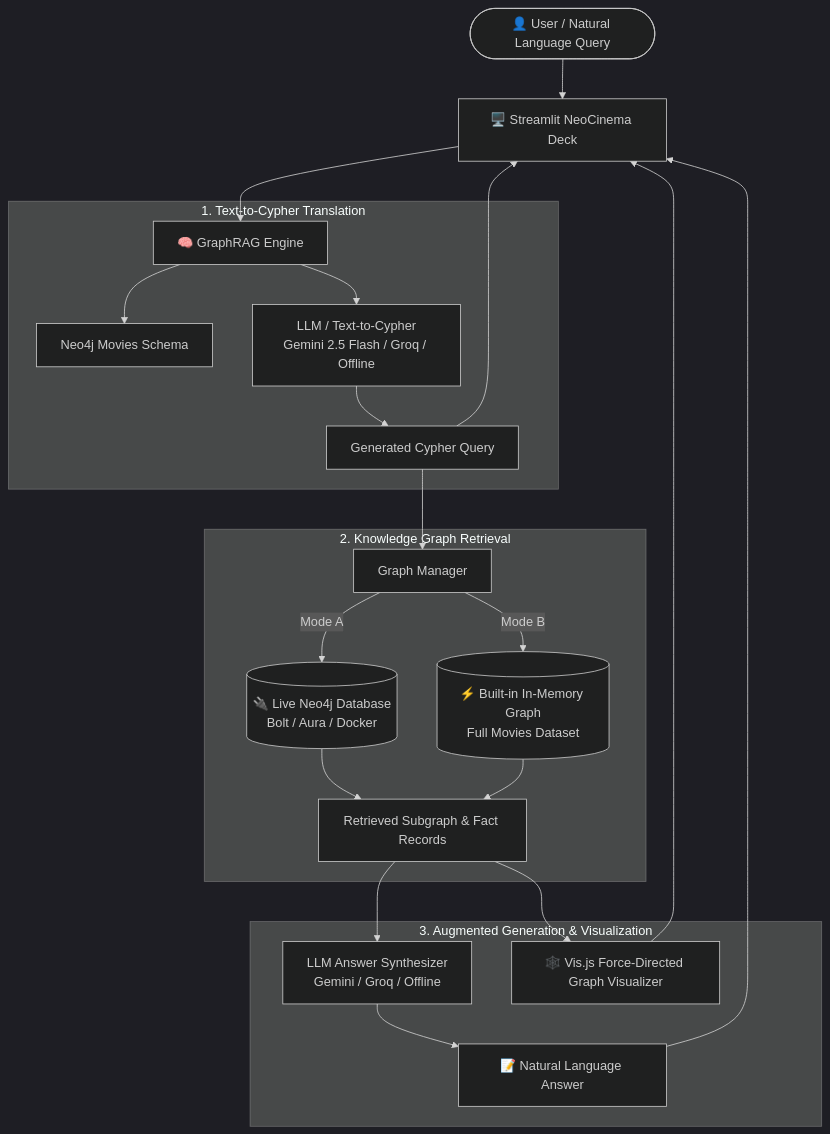
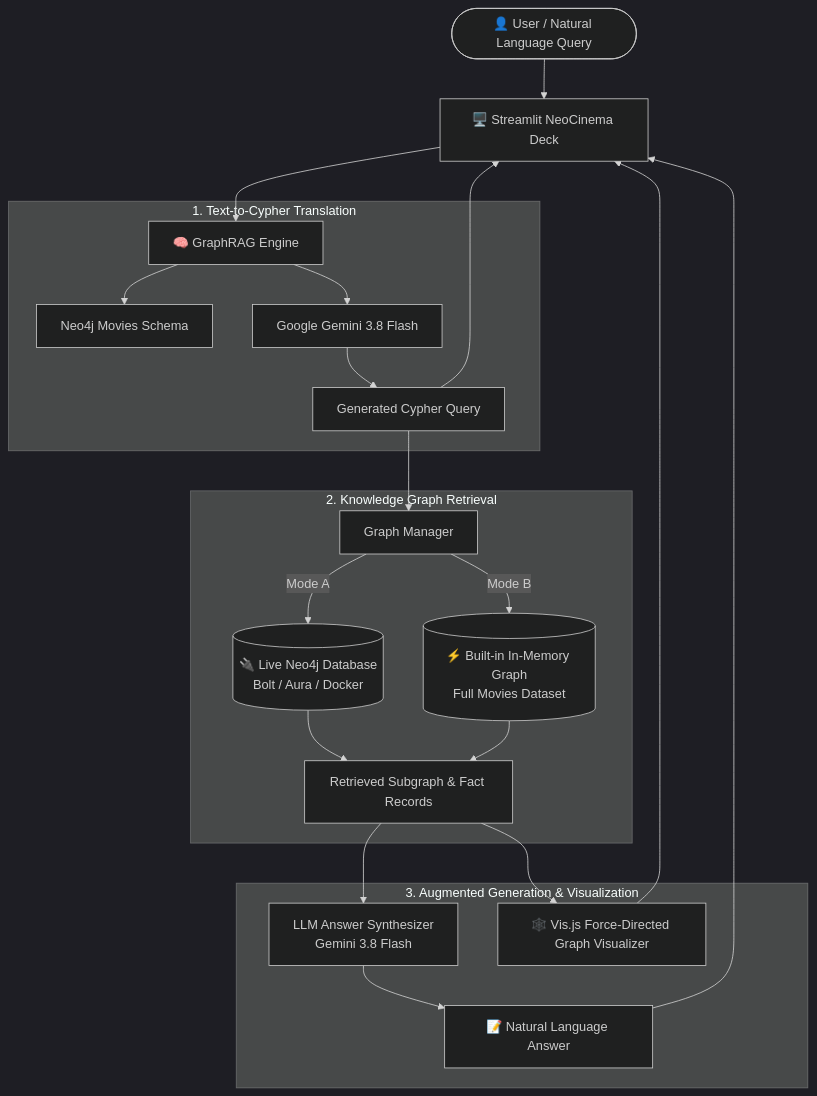
The diagram in README.md (Manishankar-614/Neo4j_Movies), drawn with Mermaid (dark theme) before and after one commit. The commit also changed other lines of this file and 4 other files, not shown here.

````diff
--- a/README.md
+++ b/README.md
@@ -57,29 +36,29 @@
 ```mermaid
 flowchart TD
     User([👤 User / Natural Language Query]) --> UI[🖥️ Streamlit NeoCinema Deck]
     UI --> RAG[🧠 GraphRAG Engine]
     
     subgraph "1. Text-to-Cypher Translation"
         RAG --> Schema[Neo4j Movies Schema]
-        RAG --> LLM_Cypher[LLM / Text-to-Cypher\nGemini 2.5 Flash / Groq / Offline]
+        RAG --> LLM_Cypher[Google Gemini 3.8 Flash]
         LLM_Cypher --> CypherQuery[Generated Cypher Query]
     end
 
     subgraph "2. Knowledge Graph Retrieval"
         CypherQuery --> GM[Graph Manager]
         GM -->|Mode A| LiveNeo4j[(🔌 Live Neo4j Database\nBolt / Aura / Docker)]
         GM -->|Mode B| InMem[(⚡ Built-in In-Memory Graph\nFull Movies Dataset)]
         LiveNeo4j --> Subgraph[Retrieved Subgraph & Fact Records]
         InMem --> Subgraph
     end
 
     subgraph "3. Augmented Generation & Visualization"
-        Subgraph --> LLM_Synth[LLM Answer Synthesizer\nGemini / Groq / Offline]
+        Subgraph --> LLM_Synth[LLM Answer Synthesizer\nGemini 3.8 Flash]
         Subgraph --> Vis[🕸️ Vis.js Force-Directed Graph Visualizer]
         LLM_Synth --> NaturalAnswer[📝 Natural Language Answer]
     end
 
     NaturalAnswer --> UI
     Vis --> UI
     CypherQuery --> UI
 ```
````
